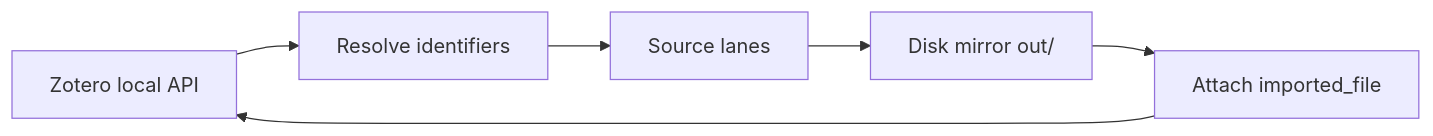
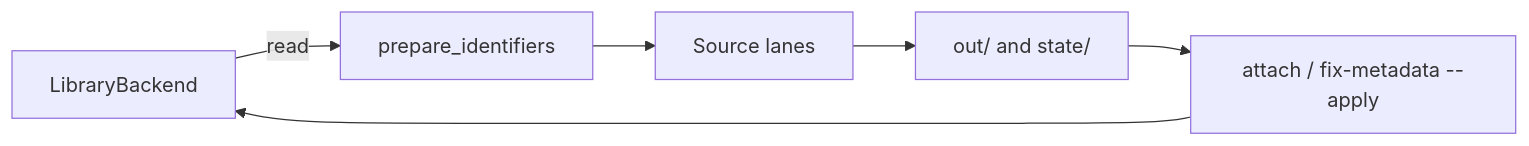
Before and after one commit to glen-w/Paperful: the diagram in docs/architecture.md, drawn with Mermaid. The commit also changed other lines of this file and 58 other files, not shown here.

First line of the commit message:
Add disk-first identifier lint, CORE, and a library adapter.

````diff
--- a/docs/architecture.md
+++ b/docs/architecture.md
@@ -7,9 +13,9 @@
 ```mermaid
 flowchart LR
-  zotero[Zotero local API]
-  resolve[Resolve identifiers]
+  adapter[LibraryBackend]
+  resolve[prepare_identifiers]
   sources[Source lanes]
-  disk[Disk mirror out/]
-  attach[Attach imported_file]
-  zotero --> resolve --> sources --> disk --> attach --> zotero
+  disk[out/ and state/]
+  writeback[attach / fix-metadata --apply]
+  adapter -->|read| resolve --> sources --> disk --> writeback --> adapter
 ```
````
